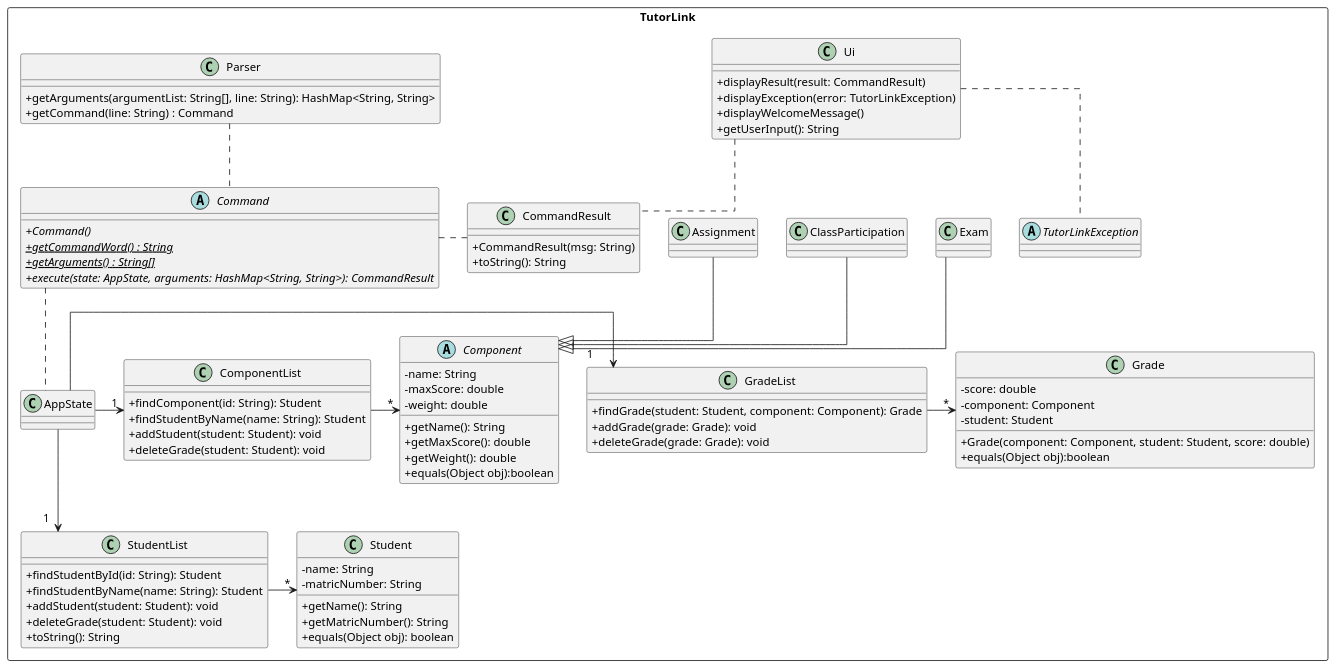
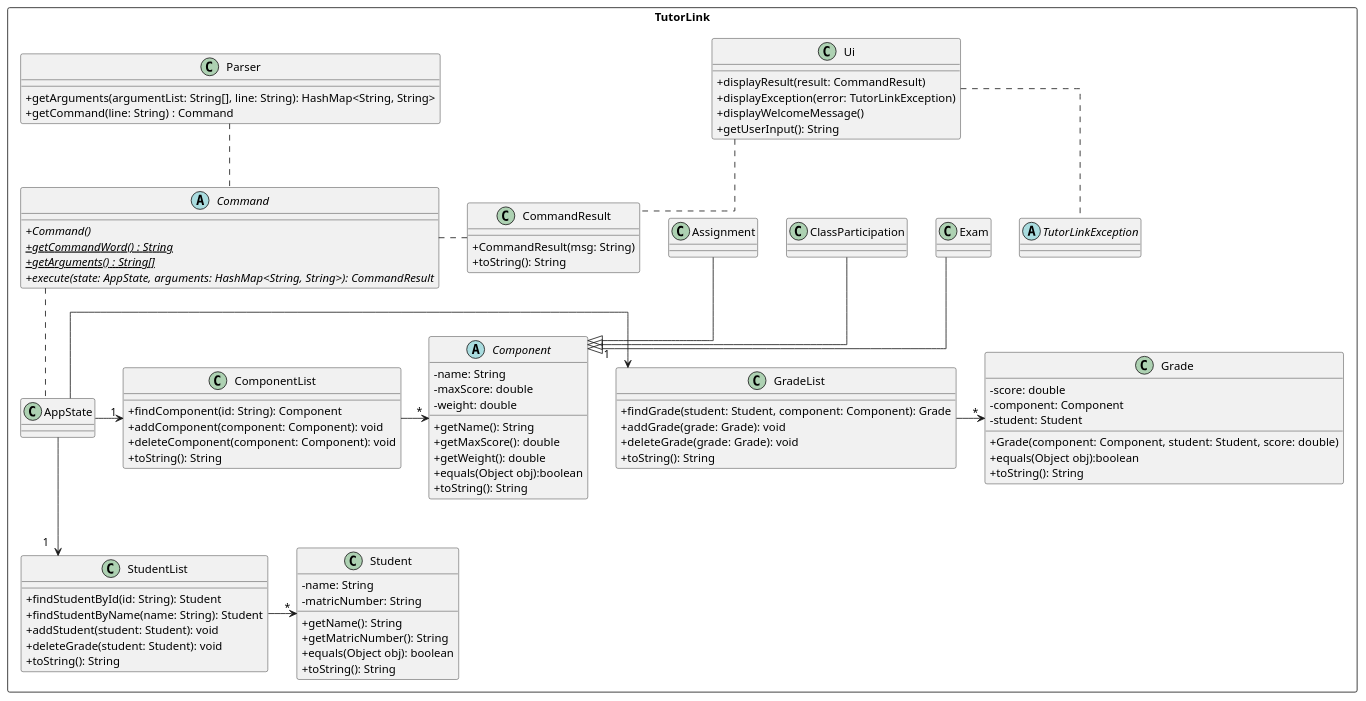
One commit to yeekian/tp changed the diagram in docs/diagrams/Assets.puml. Above: the diagram before and after it, drawn with PlantUML. The commit also changed 6 other files, not shown here.

Commit message:
Added temporary test, minor fix to UML and other

```diff
--- a/docs/diagrams/Assets.puml
+++ b/docs/diagrams/Assets.puml
@@ -1,114 +1,118 @@
 @startuml App Diagram
 
 'https://plantuml.com/class-diagram
 ' !include Style.puml
 skinparam classAttributeIconSize 0
 skinparam classMethodIconSize 0
 skinparam linetype ortho
 
 package TutorLink <<Rectangle>>{
 
 class CommandResult {
     + CommandResult(msg: String)
     + toString(): String
 }
 
 class Ui {
     + displayResult(result: CommandResult)
     + displayException(error: TutorLinkException)
     + displayWelcomeMessage()
     + getUserInput(): String
 }
 
 Ui .. CommandResult
 
 Ui .. TutorLinkException
 
 abstract class TutorLinkException
 
 abstract class Command {
     + Command() {abstract}
     + {abstract}{static} getCommandWord() : String
     + {abstract}{static} getArguments() : String[]
     + execute(state: AppState, arguments: HashMap<String, String>): CommandResult {abstract}
 }
 
 Command ..right.. CommandResult
 
 
 abstract class Component {
-    -name: String
-    -maxScore: double
-    -weight: double
-    +getName(): String
-    +getMaxScore(): double
-    +getWeight(): double
-    +equals(Object obj):boolean
+    - name: String
+    - maxScore: double
+    - weight: double
+    + getName(): String
+    + getMaxScore(): double
+    + getWeight(): double
+    + equals(Object obj):boolean
+    + toString(): String
 }
 class Exam
 class ClassParticipation
 class Assignment
 
 Exam --|> Component
 ClassParticipation --|> Component
 Assignment --|> Component
 
 
 class Student{
-    -name: String
-    -matricNumber: String
-    +getName(): String
-    +getMatricNumber(): String
-    +equals(Object obj): boolean
+    - name: String
+    - matricNumber: String
+    + getName(): String
+    + getMatricNumber(): String
+    + equals(Object obj): boolean
+    + toString(): String
 }
 
 
 class Grade{
-    -score: double
-    -component: Component
-    -student: Student
-    +Grade(component: Component, student: Student, score: double)
-    +equals(Object obj):boolean
+    - score: double
+    - component: Component
+    - student: Student
+    + Grade(component: Component, student: Student, score: double)
+    + equals(Object obj):boolean
+    + toString(): String
 }
 
 
 class AppState
 class GradeList{
     + findGrade(student: Student, component: Component): Grade
     + addGrade(grade: Grade): void
     + deleteGrade(grade: Grade): void
+    + toString(): String
 }
 class StudentList {
     + findStudentById(id: String): Student
-    + findStudentByName(name: String): Student
+    + findStudentByName(name: String): Student 
     + addStudent(student: Student): void
     + deleteGrade(student: Student): void
     + toString(): String
 }
 class ComponentList {
-    + findComponent(id: String): Student
-    + findStudentByName(name: String): Student
-    + addStudent(student: Student): void
-    + deleteGrade(student: Student): void
+    + findComponent(id: String): Component
+    + addComponent(component: Component): void
+    + deleteComponent(component: Component): void
+    + toString(): String
 }
 
 AppState -> "1" GradeList
 AppState --> "1" StudentList
 AppState -> "1" ComponentList
 
 GradeList -> "*" Grade
 ComponentList -> "*" Component
 StudentList -> "*" Student
 
 Command .. AppState
 
 class Parser {
     + getArguments(argumentList: String[], line: String): HashMap<String, String>
     + getCommand(line: String) : Command
 }
 
 Parser .. Command
 
 }
 
 @enduml
```
